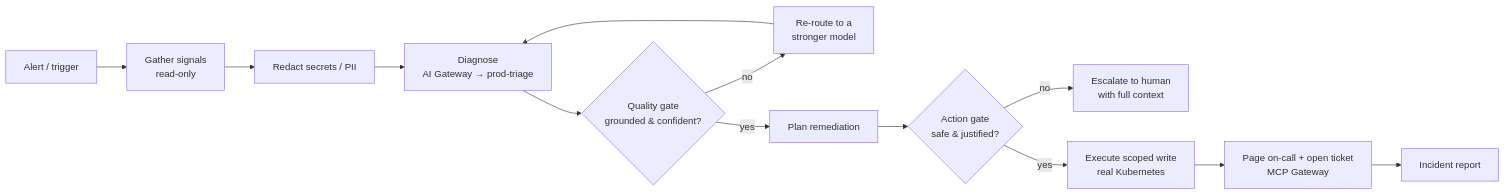
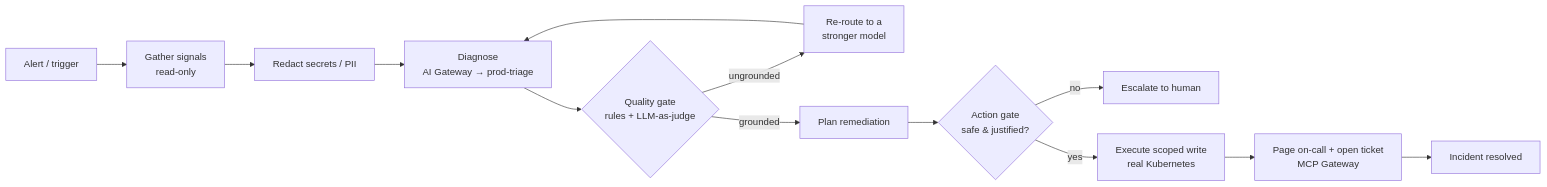
The diagram in README.md (Enoch208/Backstop), drawn with Mermaid before and after one commit. The commit also changed other lines of this file, not shown here.

````diff
--- a/README.md
+++ b/README.md
@@ -51,14 +53,14 @@
 ```mermaid
 flowchart LR
     A[Alert / trigger] --> B[Gather signals<br/>read-only]
     B --> R[Redact secrets / PII]
     R --> C[Diagnose<br/>AI Gateway → prod-triage]
-    C --> Q{Quality gate<br/>grounded &amp; confident?}
-    Q -- no --> F[Re-route to a<br/>stronger model] --> C
-    Q -- yes --> P[Plan remediation]
+    C --> Q{Quality gate<br/>rules + LLM-as-judge}
+    Q -- ungrounded --> F[Re-route to a<br/>stronger model] --> C
+    Q -- grounded --> P[Plan remediation]
     P --> V{Action gate<br/>safe &amp; justified?}
-    V -- no --> H[Escalate to human<br/>with full context]
+    V -- no --> H[Escalate to human]
     V -- yes --> E[Execute scoped write<br/>real Kubernetes]
     E --> N[Page on-call + open ticket<br/>MCP Gateway]
-    N --> D[Incident report]
+    N --> D[Incident resolved]
 ```
````
